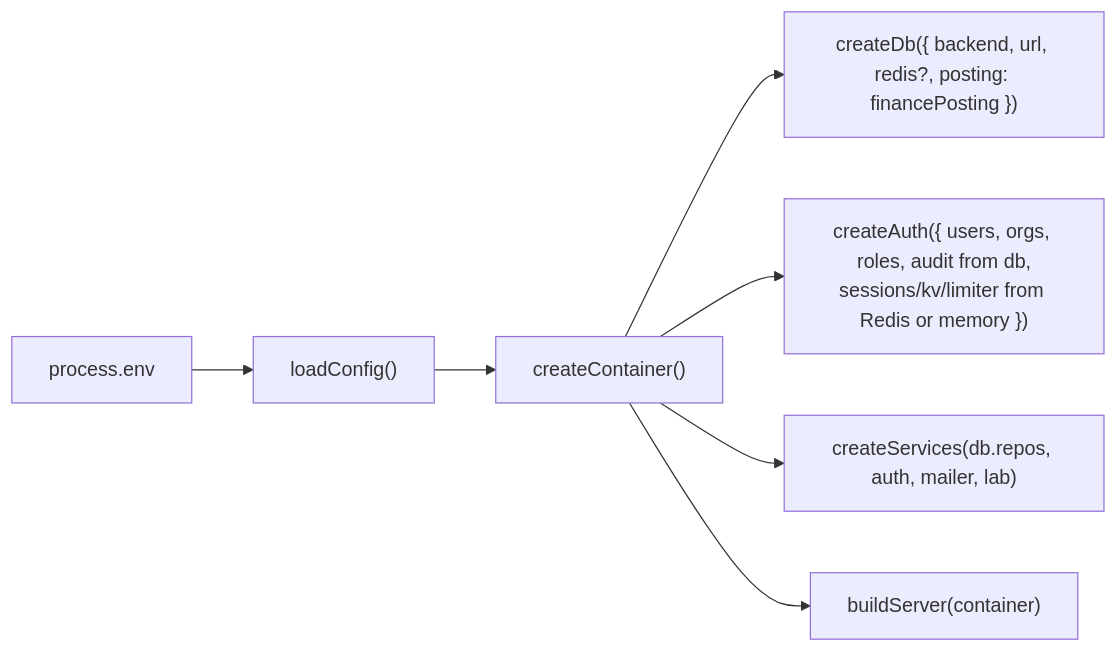
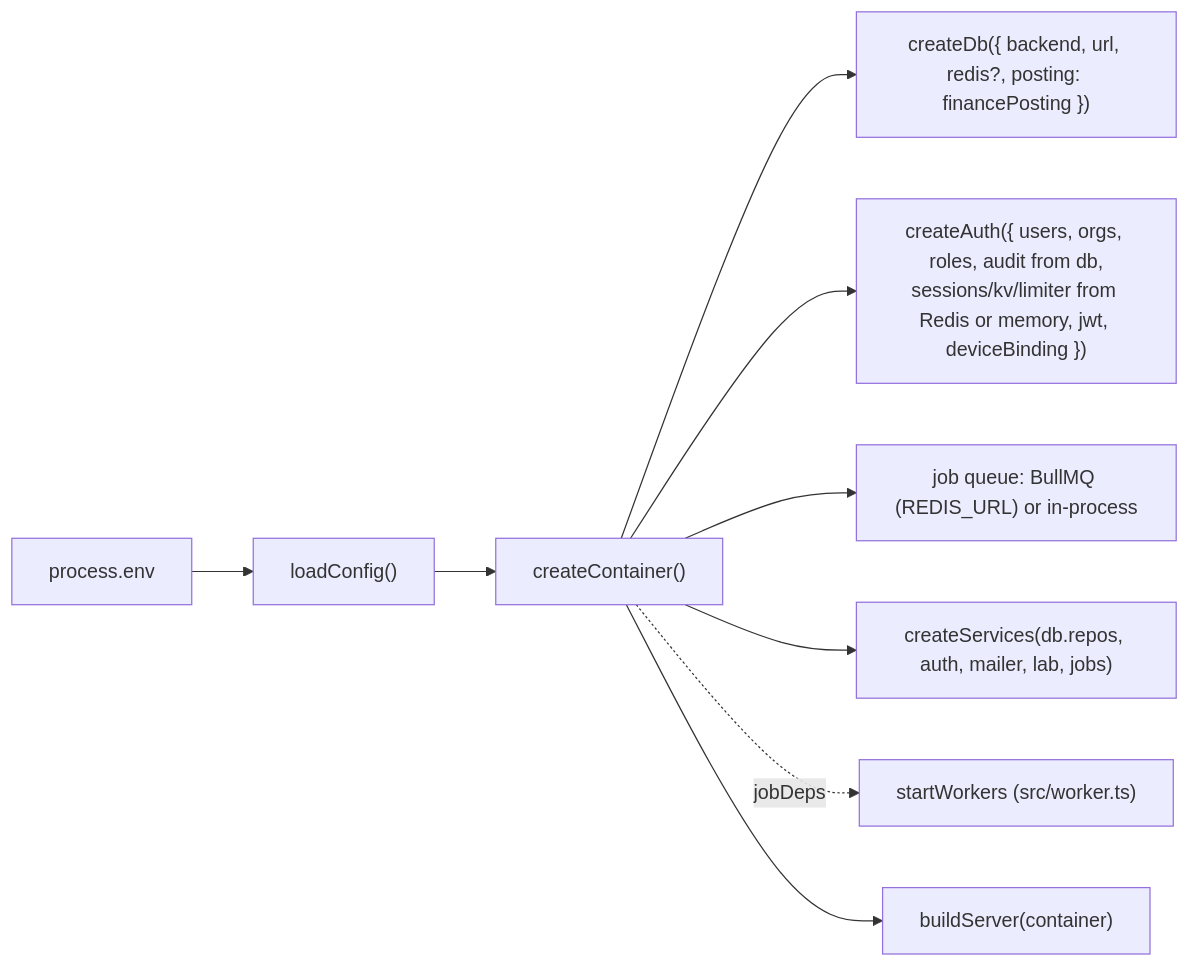
Before and after one commit to mgpl-diagnostics/api: the fourth of 4 diagrams in docs/02-architecture.md, drawn with Mermaid. The commit also changed other lines of this file and 40 other files, not shown here.

First line of the commit message:
feat: access + refresh tokens, device binding, worker on Redis + BullMQ (#4)

````diff
--- a/docs/02-architecture.md
+++ b/docs/02-architecture.md
@@ -143,9 +161,11 @@
 ```mermaid
 flowchart LR
   ENV["process.env"] --> CFG["loadConfig()"]
   CFG --> CON["createContainer()"]
   CON --> DBX["createDb({ backend, url, redis?, posting: financePosting })"]
-  CON --> AUX["createAuth({ users, orgs, roles, audit from db,<br/>sessions/kv/limiter from Redis or memory })"]
-  CON --> SVX["createServices(db.repos, auth, mailer, lab)"]
+  CON --> AUX["createAuth({ users, orgs, roles, audit from db,<br/>sessions/kv/limiter from Redis or memory, jwt, deviceBinding })"]
+  CON --> JQ["job queue: BullMQ (REDIS_URL) or in-process"]
+  CON --> SVX["createServices(db.repos, auth, mailer, lab, jobs)"]
+  CON -. "jobDeps" .-> WK["startWorkers (src/worker.ts)"]
   CON --> SRV["buildServer(container)"]
 ```
````
